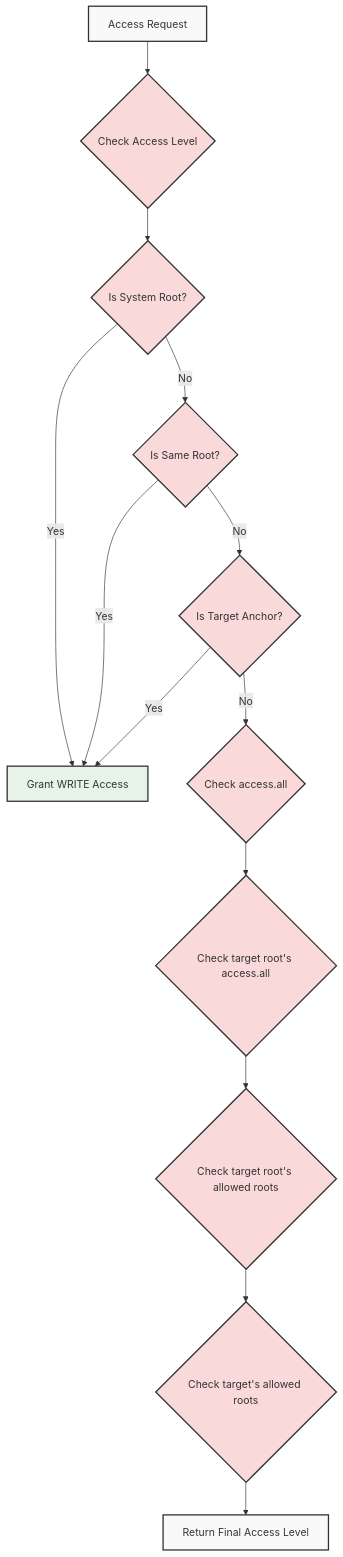
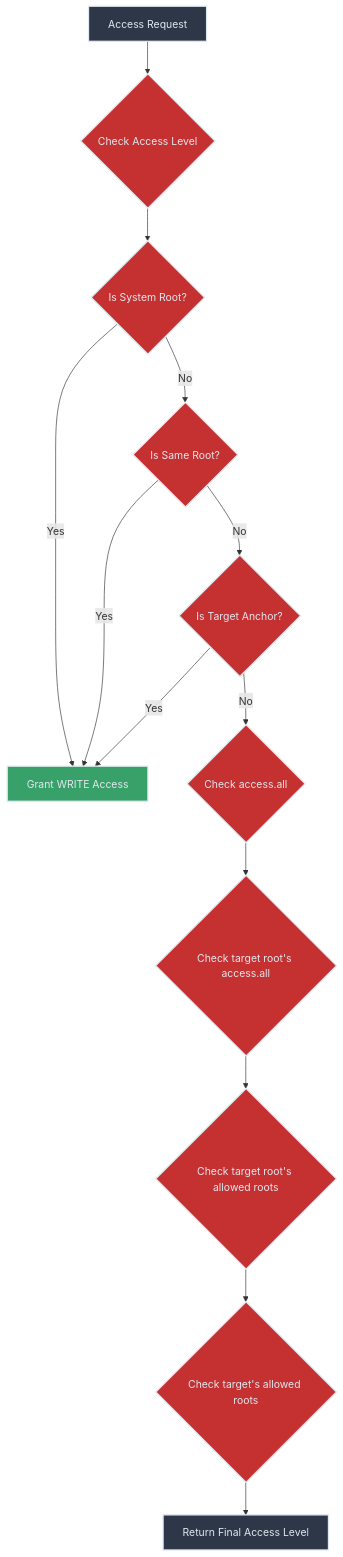
Diagram 11 of 13 in jac/support/jac-lang.org/docs/for_contributors/internals.md (Jaseci-Labs/jaseci), drawn with Mermaid before and after one commit. The commit also changed other lines of this file, not shown here.

````diff
--- a/jac/support/jac-lang.org/docs/for_contributors/internals.md
+++ b/jac/support/jac-lang.org/docs/for_contributors/internals.md
@@ -670,27 +670,27 @@
 ```mermaid
 flowchart TD
     A[Access Request] --> B{Check Access Level}
     B --> C{Is System Root?}
     C -->|Yes| D[Grant WRITE Access]
     C -->|No| E{Is Same Root?}
     E -->|Yes| D
     E -->|No| F{Is Target Anchor?}
     F -->|Yes| D
     F -->|No| G{Check access.all}
     G --> H{Check target root's access.all}
     H --> I{Check target root's allowed roots}
     I --> J{Check target's allowed roots}
     J --> K[Return Final Access Level]
 
-    style A fill:#f9f9f9,stroke:#333,stroke-width:2px
-    style B fill:#f9d9d9,stroke:#333,stroke-width:2px
-    style C fill:#f9d9d9,stroke:#333,stroke-width:2px
-    style D fill:#e6f3e6,stroke:#333,stroke-width:2px
-    style E fill:#f9d9d9,stroke:#333,stroke-width:2px
-    style F fill:#f9d9d9,stroke:#333,stroke-width:2px
-    style G fill:#f9d9d9,stroke:#333,stroke-width:2px
-    style H fill:#f9d9d9,stroke:#333,stroke-width:2px
-    style I fill:#f9d9d9,stroke:#333,stroke-width:2px
-    style J fill:#f9d9d9,stroke:#333,stroke-width:2px
-    style K fill:#f9f9f9,stroke:#333,stroke-width:2px
+    style A fill:#2d3748,stroke:#e2e8f0,stroke-width:2px,color:#e2e8f0
+    style B fill:#c53030,stroke:#e2e8f0,stroke-width:2px,color:#e2e8f0
+    style C fill:#c53030,stroke:#e2e8f0,stroke-width:2px,color:#e2e8f0
+    style D fill:#38a169,stroke:#e2e8f0,stroke-width:2px,color:#e2e8f0
+    style E fill:#c53030,stroke:#e2e8f0,stroke-width:2px,color:#e2e8f0
+    style F fill:#c53030,stroke:#e2e8f0,stroke-width:2px,color:#e2e8f0
+    style G fill:#c53030,stroke:#e2e8f0,stroke-width:2px,color:#e2e8f0
+    style H fill:#c53030,stroke:#e2e8f0,stroke-width:2px,color:#e2e8f0
+    style I fill:#c53030,stroke:#e2e8f0,stroke-width:2px,color:#e2e8f0
+    style J fill:#c53030,stroke:#e2e8f0,stroke-width:2px,color:#e2e8f0
+    style K fill:#2d3748,stroke:#e2e8f0,stroke-width:2px,color:#e2e8f0
 ```
````
